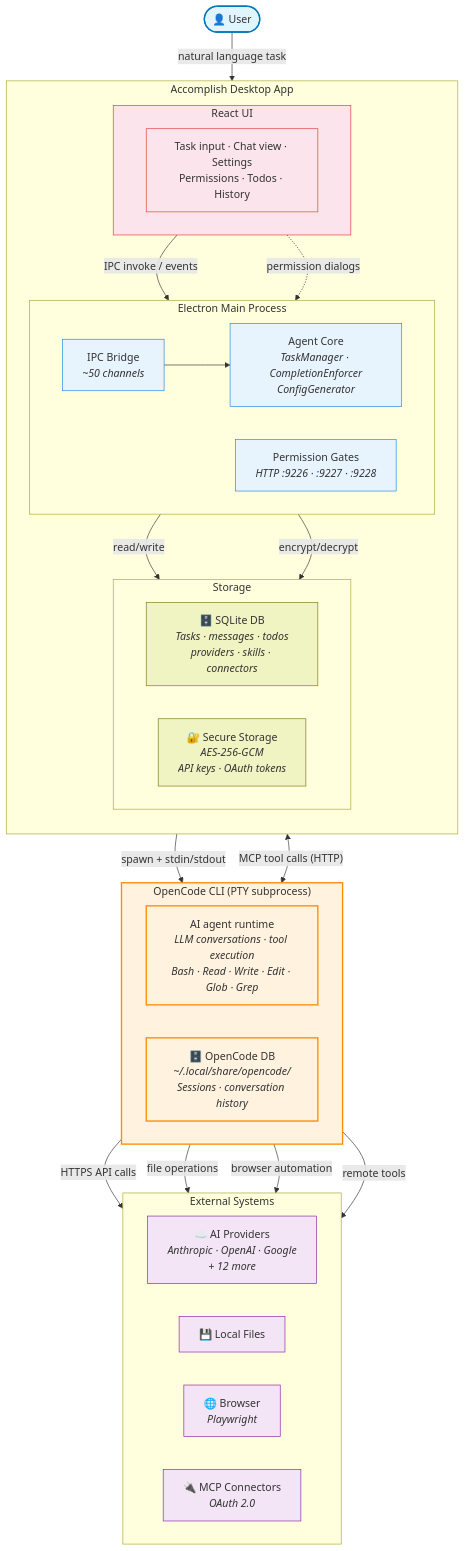
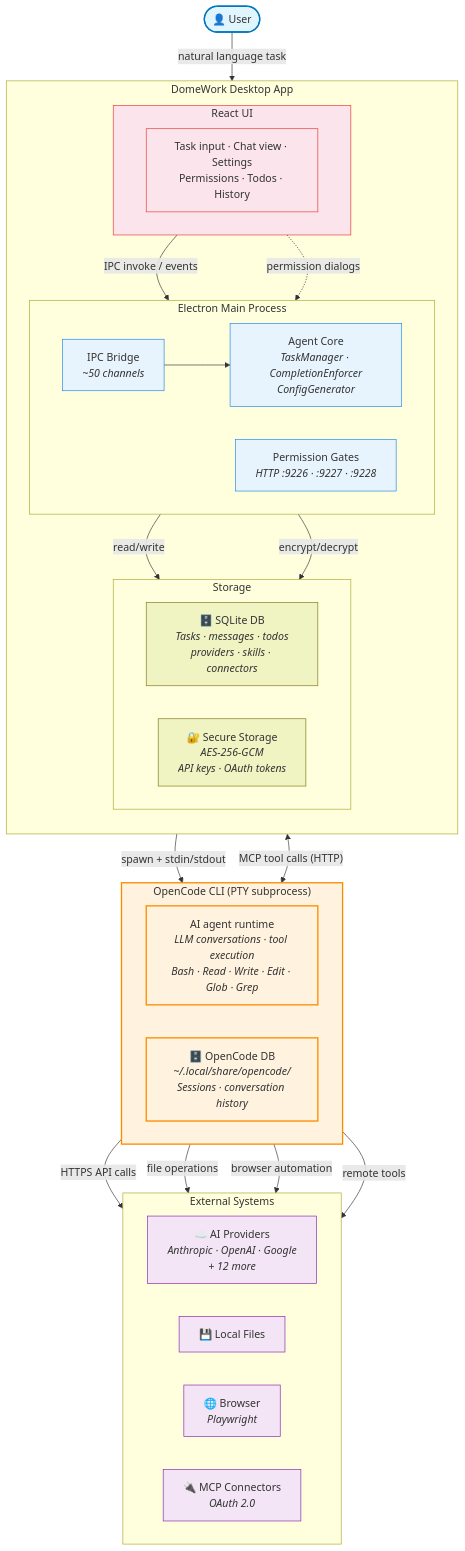
The first of 8 diagrams in docs/functional-viewpoint.md (dome/accomplish), drawn with Mermaid before and after one commit. The commit also changed other lines of this file and 89 other files, not shown here.

Commit message:
ci: add GitHub Actions workflow for DomeWork binary builds

````diff
--- a/docs/functional-viewpoint.md
+++ b/docs/functional-viewpoint.md
@@ -13,69 +13,69 @@
 ```mermaid
 graph TB
   USER(["👤 User"])
 
-  subgraph ELECTRON["Accomplish Desktop App"]
+  subgraph ELECTRON["DomeWork Desktop App"]
     direction TB
 
     subgraph UI["React UI"]
       UI_DESC["Task input · Chat view · Settings<br/>Permissions · Todos · History"]
     end
 
     subgraph MAIN_PROC["Electron Main Process"]
       direction LR
       IPC["IPC Bridge<br/><i>~50 channels</i>"]
       CORE["Agent Core<br/><i>TaskManager · CompletionEnforcer<br/>ConfigGenerator</i>"]
       GATES["Permission Gates<br/><i>HTTP :9226 · :9227 · :9228</i>"]
     end
 
     subgraph STORAGE["Storage"]
       direction LR
       DB["🗄️ SQLite DB<br/><i>Tasks · messages · todos<br/>providers · skills · connectors</i>"]
       KEYS["🔐 Secure Storage<br/><i>AES-256-GCM<br/>API keys · OAuth tokens</i>"]
     end
   end
 
   subgraph OC["OpenCode CLI  (PTY subprocess)"]
     OC_DESC["AI agent runtime<br/><i>LLM conversations · tool execution<br/>Bash · Read · Write · Edit · Glob · Grep</i>"]
     OC_DB["🗄️ OpenCode DB<br/><i>~/.local/share/opencode/<br/>Sessions · conversation history</i>"]
   end
 
   subgraph EXTERNAL["External Systems"]
     direction LR
     AI["☁️ AI Providers<br/><i>Anthropic · OpenAI · Google<br/>+ 12 more</i>"]
     FS["💾 Local Files"]
     BROWSER["🌐 Browser<br/><i>Playwright</i>"]
     MCP_EXT["🔌 MCP Connectors<br/><i>OAuth 2.0</i>"]
   end
 
   USER -->|"natural language task"| UI
   UI -->|"IPC invoke / events"| IPC
   IPC --> CORE
   CORE -->|"spawn + stdin/stdout"| OC
   GATES <-->|"MCP tool calls (HTTP)"| OC
 
   OC -->|"HTTPS API calls"| AI
   OC -->|"file operations"| FS
   OC -->|"browser automation"| BROWSER
   OC -->|"remote tools"| MCP_EXT
 
   CORE -->|"read/write"| DB
   CORE -->|"encrypt/decrypt"| KEYS
 
   UI -.->|"permission dialogs"| GATES
 
   classDef userClass fill:#e1f5fe,stroke:#0277bd,stroke-width:2px
   classDef electronClass fill:#f5f5f5,stroke:#424242,stroke-width:2px
   classDef uiClass fill:#fce4ec,stroke:#e53935
   classDef mainClass fill:#e8f4fd,stroke:#1e88e5
   classDef ocClass fill:#fff3e0,stroke:#fb8c00,stroke-width:2px
   classDef extClass fill:#f3e5f5,stroke:#8e24aa
   classDef storageClass fill:#f0f4c3,stroke:#827717
 
   class USER userClass
   class UI,UI_DESC uiClass
   class IPC,CORE,GATES mainClass
   class OC,OC_DESC,OC_DB ocClass
   class AI,FS,BROWSER,MCP_EXT extClass
   class DB,KEYS storageClass
 ```
````
